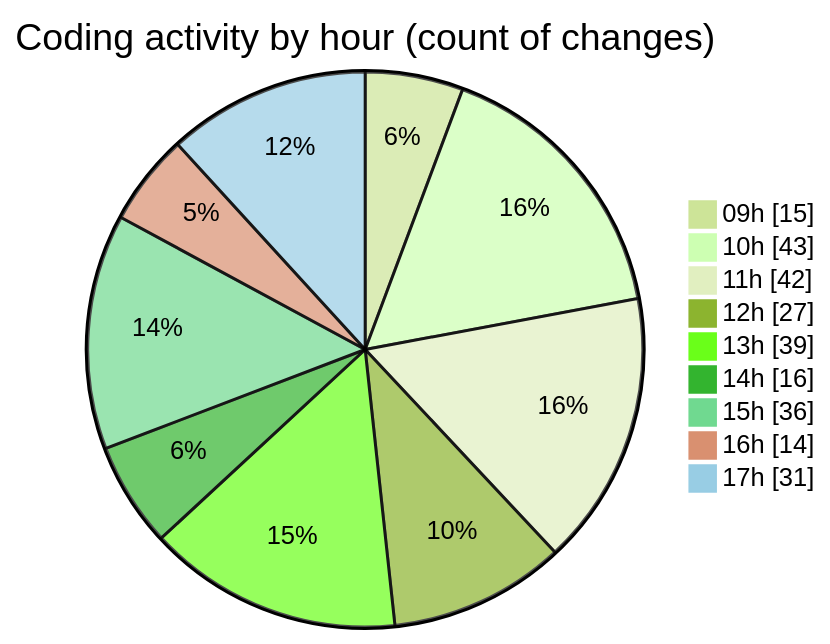
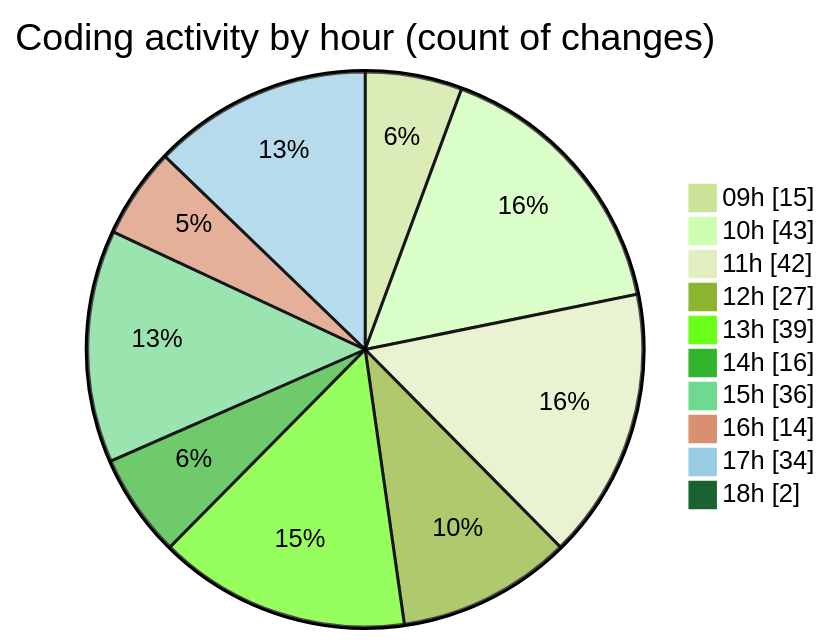
One commit to momahboobian/code-tracking changed the second of 2 diagrams in 2025-09-30/cda/README.md. Above: the diagram before and after it, drawn with Mermaid (forest theme). The commit also changed other lines of this file and 1 other file, not shown here.

````diff
--- a/2025-09-30/cda/README.md
+++ b/2025-09-30/cda/README.md
@@ -34,13 +34,14 @@
 ```mermaid
 pie showData
 title Coding activity by hour (count of changes)
 "09h" : 15
 "10h" : 43
 "11h" : 42
 "12h" : 27
 "13h" : 39
 "14h" : 16
 "15h" : 36
 "16h" : 14
-"17h" : 31
+"17h" : 34
+"18h" : 2
 ```
````
